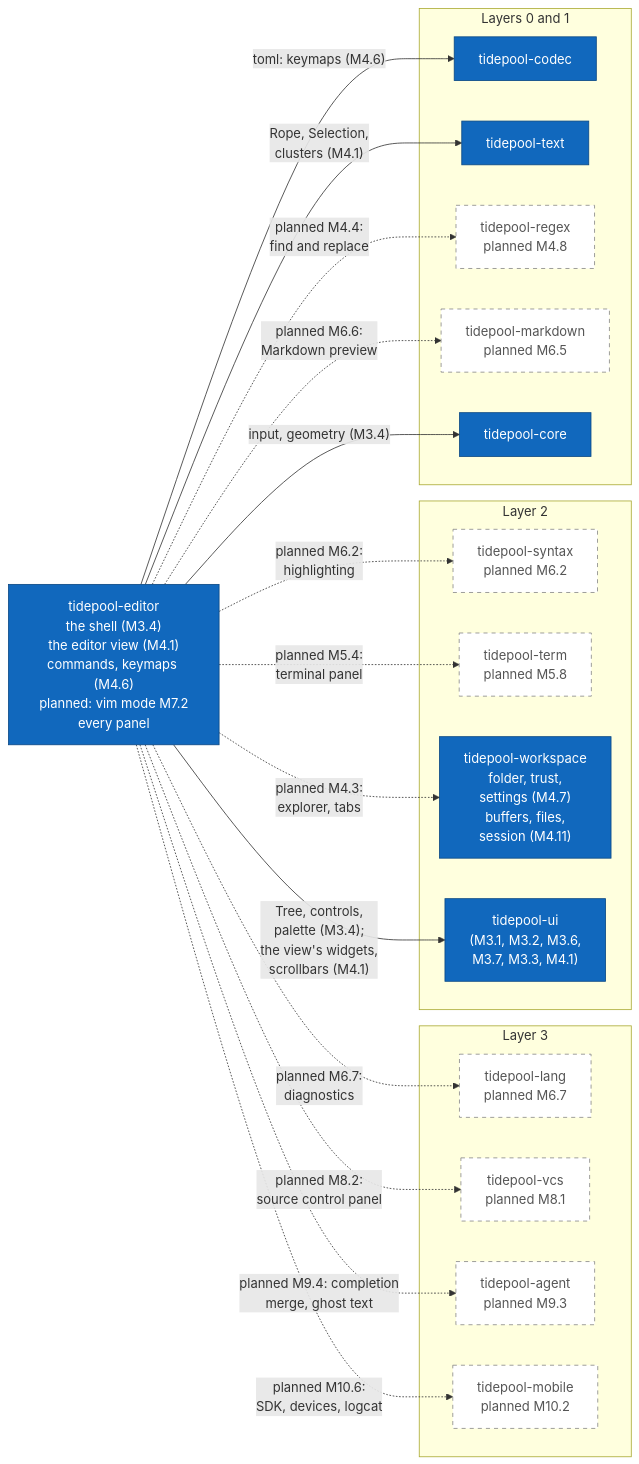
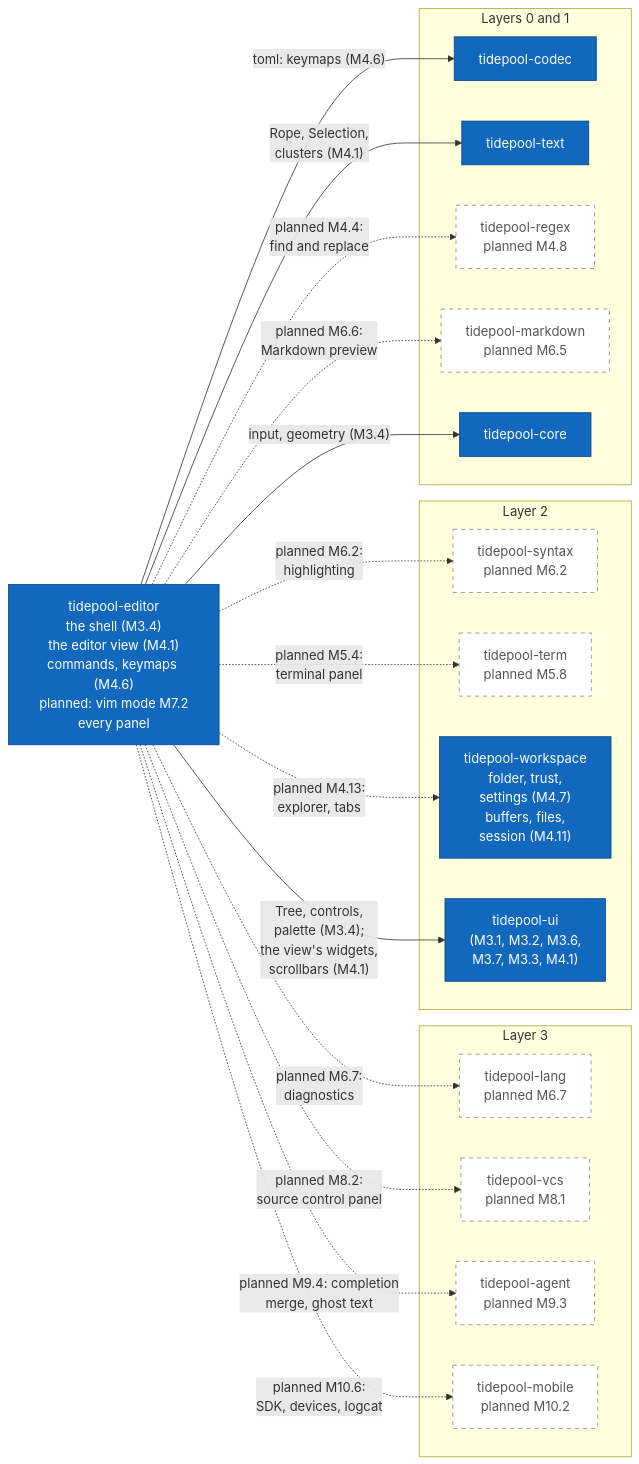
The ninth of 17 diagrams in diagrams/c4-architecture.md (jabbott-iii/Tidepool), drawn with Mermaid before and after one commit. The commit also changed other lines of this file and 30 other files, not shown here.

````diff
--- a/diagrams/c4-architecture.md
+++ b/diagrams/c4-architecture.md
@@ -515,43 +515,43 @@
 ```mermaid
 flowchart LR
     k_editor["tidepool-editor<br/>the shell (M3.4)<br/>the editor view (M4.1)<br/>commands, keymaps (M4.6)<br/>planned: vim mode M7.2<br/>every panel"]
 
     subgraph L3["Layer 3"]
         k_lang["tidepool-lang<br/>planned M6.7"]
         k_vcs["tidepool-vcs<br/>planned M8.1"]
         k_agent["tidepool-agent<br/>planned M9.3"]
         k_mobile["tidepool-mobile<br/>planned M10.2"]
     end
     subgraph L2["Layer 2"]
         k_syntax["tidepool-syntax<br/>planned M6.2"]
         k_term["tidepool-term<br/>planned M5.8"]
         k_workspace["tidepool-workspace<br/>folder, trust,<br/>settings (M4.7)<br/>buffers, files,<br/>session (M4.11)"]
         k_ui["tidepool-ui<br/>(M3.1, M3.2, M3.6,<br/>M3.7, M3.3, M4.1)"]
     end
     subgraph L01["Layers 0 and 1"]
         k_codec["tidepool-codec"]
         k_text["tidepool-text"]
         k_regex["tidepool-regex<br/>planned M4.8"]
         k_markdown["tidepool-markdown<br/>planned M6.5"]
         k_core["tidepool-core"]
     end
 
     k_editor -->|"input, geometry (M3.4)"| k_core
     k_editor -->|"Rope, Selection,<br/>clusters (M4.1)"| k_text
     k_editor -->|"Tree, controls,<br/>palette (M3.4);<br/>the view's widgets,<br/>scrollbars (M4.1)"| k_ui
     k_editor -->|"toml: keymaps (M4.6)"| k_codec
-    k_editor -.->|"planned M4.3:<br/>explorer, tabs"| k_workspace
+    k_editor -.->|"planned M4.13:<br/>explorer, tabs"| k_workspace
     k_editor -.->|"planned M4.4:<br/>find and replace"| k_regex
     k_editor -.->|"planned M5.4:<br/>terminal panel"| k_term
     k_editor -.->|"planned M6.2:<br/>highlighting"| k_syntax
     k_editor -.->|"planned M6.7:<br/>diagnostics"| k_lang
     k_editor -.->|"planned M6.6:<br/>Markdown preview"| k_markdown
     k_editor -.->|"planned M8.2:<br/>source control panel"| k_vcs
     k_editor -.->|"planned M9.4: completion<br/>merge, ghost text"| k_agent
     k_editor -.->|"planned M10.6:<br/>SDK, devices, logcat"| k_mobile
 
     classDef built fill:#1168bd,stroke:#0b4884,color:#ffffff
     classDef planned fill:#ffffff,stroke:#888888,stroke-dasharray: 5 5,color:#555555
     class k_editor,k_codec,k_text,k_core,k_ui,k_workspace built
     class k_lang,k_vcs,k_agent,k_mobile,k_syntax,k_term,k_regex,k_markdown planned
 ```
````
